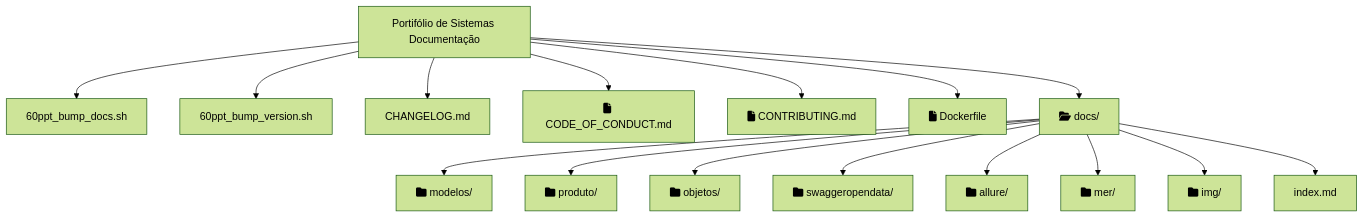
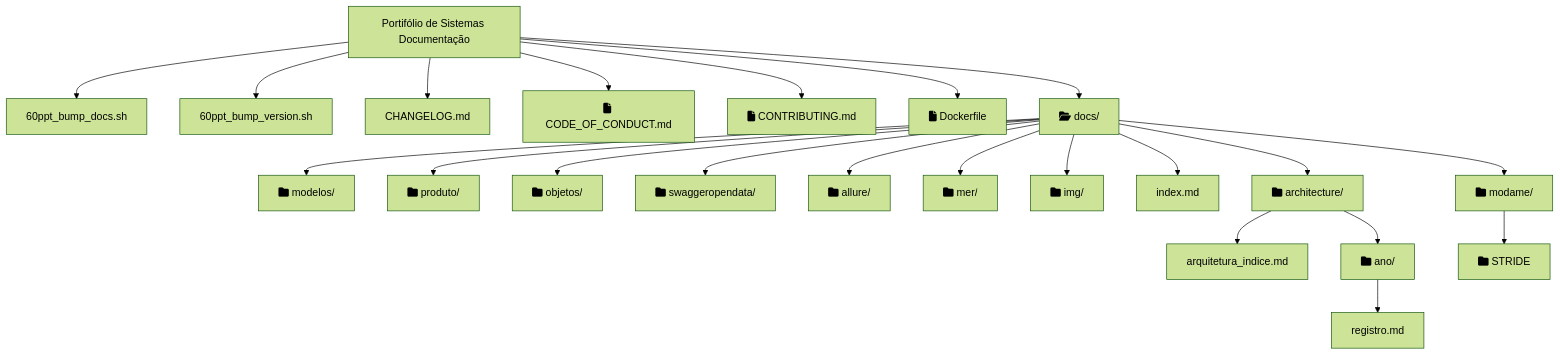
Before and after one commit to 60pportunities/EngenhariaSoftware: the first of 4 diagrams in docs/Documentação como Código/Cultura da Documentação.md, drawn with Mermaid (forest theme). The commit also changed other lines of this file and 94 other files, not shown here.

````diff
--- a/docs/Documentação como Código/Cultura da Documentação.md
+++ b/docs/Documentação como Código/Cultura da Documentação.md
@@ -8,19 +8,25 @@
 ```mermaid
 graph TD
     A[Portifólio de Sistemas Documentação] --> B[60ppt_bump_docs.sh]
     A --> C[60ppt_bump_version.sh]
     A --> D[CHANGELOG.md]
     A --> E[fa:fa-file CODE_OF_CONDUCT.md]
     A --> F[fa:fa-file CONTRIBUTING.md]
     A --> G[fa:fa-file Dockerfile]
 
     A --> H[fa:fa-folder-open docs/]
     H --> J[fa:fa-folder  modelos/]
     H --> K[fa:fa-folder produto/]
     H --> L[fa:fa-folder objetos/]
     H --> M[fa:fa-folder swaggeropendata/]
     H --> N[fa:fa-folder allure/]
     H --> O[fa:fa-folder mer/]
     H --> P[fa:fa-folder img/]
     H --> I[index.md]
+    H --> Q1[fa:fa-folder architecture/]
+    Q1 --> S0[arquitetura_indice.md]
+    Q1 --> S1[fa:fa-folder ano/]
+    S1 --> S2[registro.md]
+    H --> Q2[fa:fa-folder modame/]
+    Q2 --> S20[fa:fa-folder STRIDE]
 ```
````
